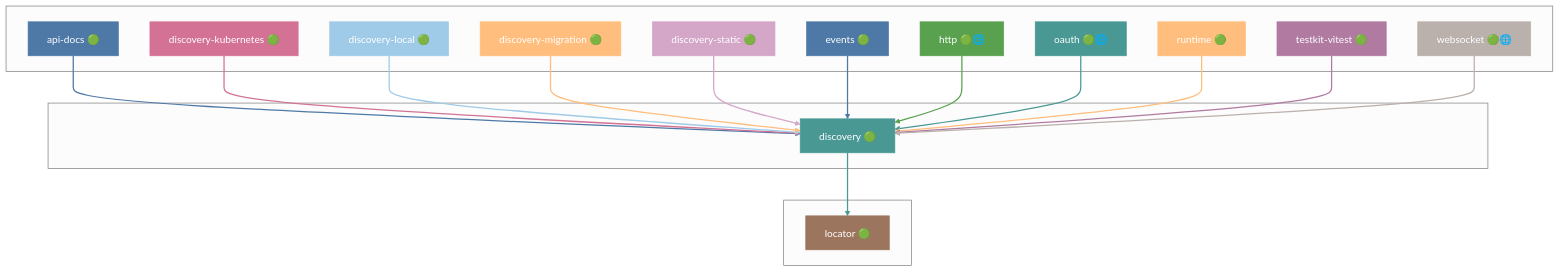
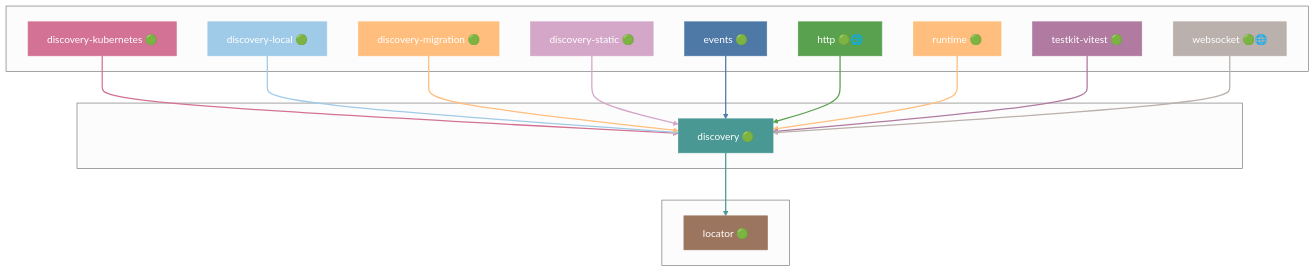
Before and after one commit to grest-ts/grest-ts: diagram 15 of 47 in docs/DEPENDENCIES.md, drawn with Mermaid (neutral theme). The commit also changed other lines of this file and 13 other files, not shown here.

````diff
--- a/docs/DEPENDENCIES.md
+++ b/docs/DEPENDENCIES.md
@@ -891,59 +881,51 @@
 ```mermaid
 flowchart TB
     subgraph Dependents[" "]
-        api-docs["api-docs 🟢"]
         discovery-kubernetes["discovery-kubernetes 🟢"]
         discovery-local["discovery-local 🟢"]
         discovery-migration["discovery-migration 🟢"]
         discovery-static["discovery-static 🟢"]
         events["events 🟢"]
         http["http 🟢🌐"]
-        oauth["oauth 🟢🌐"]
         runtime["runtime 🟢"]
         testkit-vitest["testkit-vitest 🟢"]
         websocket["websocket 🟢🌐"]
     end
     subgraph Package[" "]
         discovery["discovery 🟢"]
     end
     subgraph Dependencies[" "]
         locator["locator 🟢"]
     end
-    api-docs --> discovery
     discovery-kubernetes --> discovery
     discovery-local --> discovery
     discovery-migration --> discovery
     discovery-static --> discovery
     events --> discovery
     http --> discovery
-    oauth --> discovery
     runtime --> discovery
     testkit-vitest --> discovery
     websocket --> discovery
     discovery --> locator
     style discovery fill:#499894,stroke:#499894,color:#fff
-    style api-docs fill:#4E79A7,stroke:#4E79A7,color:#fff
     style discovery-kubernetes fill:#D37295,stroke:#D37295,color:#fff
     style discovery-local fill:#A0CBE8,stroke:#A0CBE8,color:#fff
     style discovery-migration fill:#FFBE7D,stroke:#FFBE7D,color:#fff
     style discovery-static fill:#D4A6C8,stroke:#D4A6C8,color:#fff
     style events fill:#4E79A7,stroke:#4E79A7,color:#fff
     style http fill:#59A14F,stroke:#59A14F,color:#fff
-    style oauth fill:#499894,stroke:#499894,color:#fff
     style runtime fill:#FFBE7D,stroke:#FFBE7D,color:#fff
     style testkit-vitest fill:#B07AA1,stroke:#B07AA1,color:#fff
     style websocket fill:#BAB0AC,stroke:#BAB0AC,color:#fff
     style locator fill:#9C755F,stroke:#9C755F,color:#fff
-    linkStyle 0 stroke:#4E79A7,stroke-width:2px
-    linkStyle 1 stroke:#D37295,stroke-width:2px
-    linkStyle 2 stroke:#A0CBE8,stroke-width:2px
-    linkStyle 3 stroke:#FFBE7D,stroke-width:2px
-    linkStyle 4 stroke:#D4A6C8,stroke-width:2px
-    linkStyle 5 stroke:#4E79A7,stroke-width:2px
-    linkStyle 6 stroke:#59A14F,stroke-width:2px
-    linkStyle 7 stroke:#499894,stroke-width:2px
-    linkStyle 8 stroke:#FFBE7D,stroke-width:2px
-    linkStyle 9 stroke:#B07AA1,stroke-width:2px
-    linkStyle 10 stroke:#BAB0AC,stroke-width:2px
-    linkStyle 11 stroke:#499894,stroke-width:2px
+    linkStyle 0 stroke:#D37295,stroke-width:2px
+    linkStyle 1 stroke:#A0CBE8,stroke-width:2px
+    linkStyle 2 stroke:#FFBE7D,stroke-width:2px
+    linkStyle 3 stroke:#D4A6C8,stroke-width:2px
+    linkStyle 4 stroke:#4E79A7,stroke-width:2px
+    linkStyle 5 stroke:#59A14F,stroke-width:2px
+    linkStyle 6 stroke:#FFBE7D,stroke-width:2px
+    linkStyle 7 stroke:#B07AA1,stroke-width:2px
+    linkStyle 8 stroke:#BAB0AC,stroke-width:2px
+    linkStyle 9 stroke:#499894,stroke-width:2px
 ```
````
